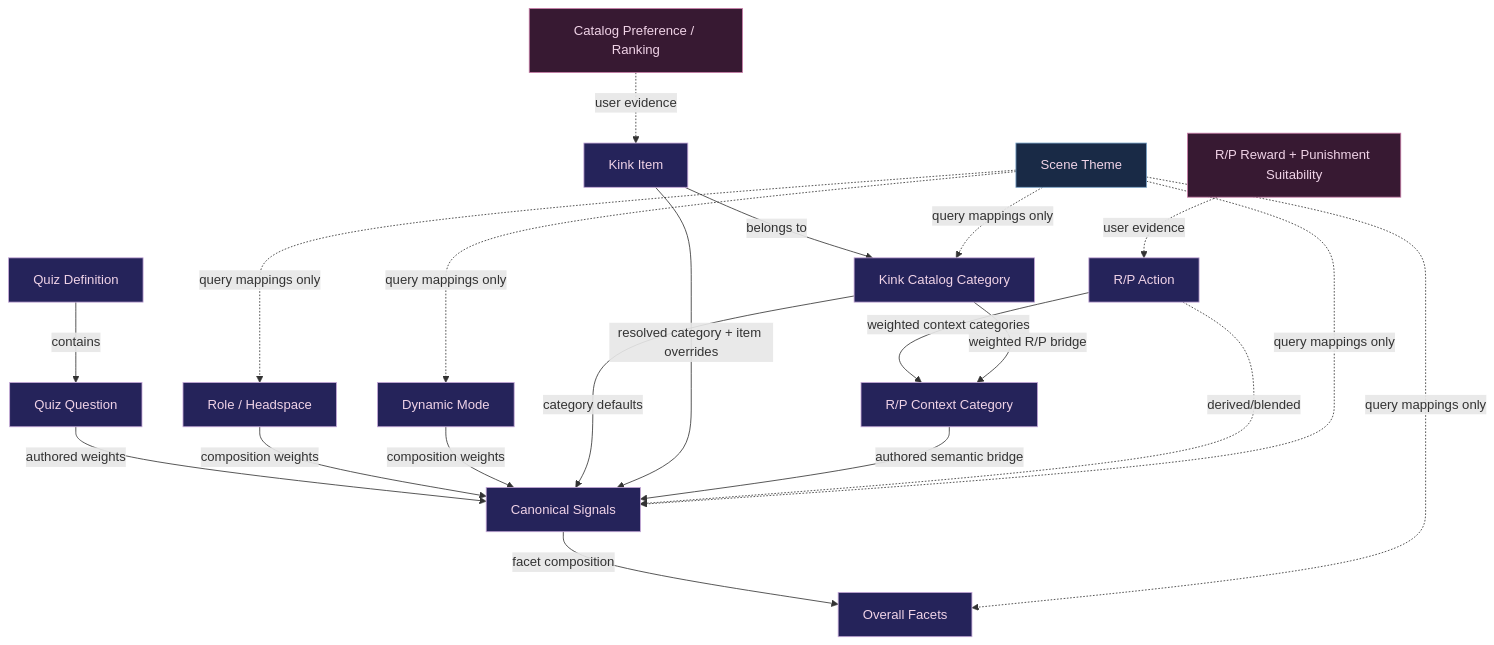
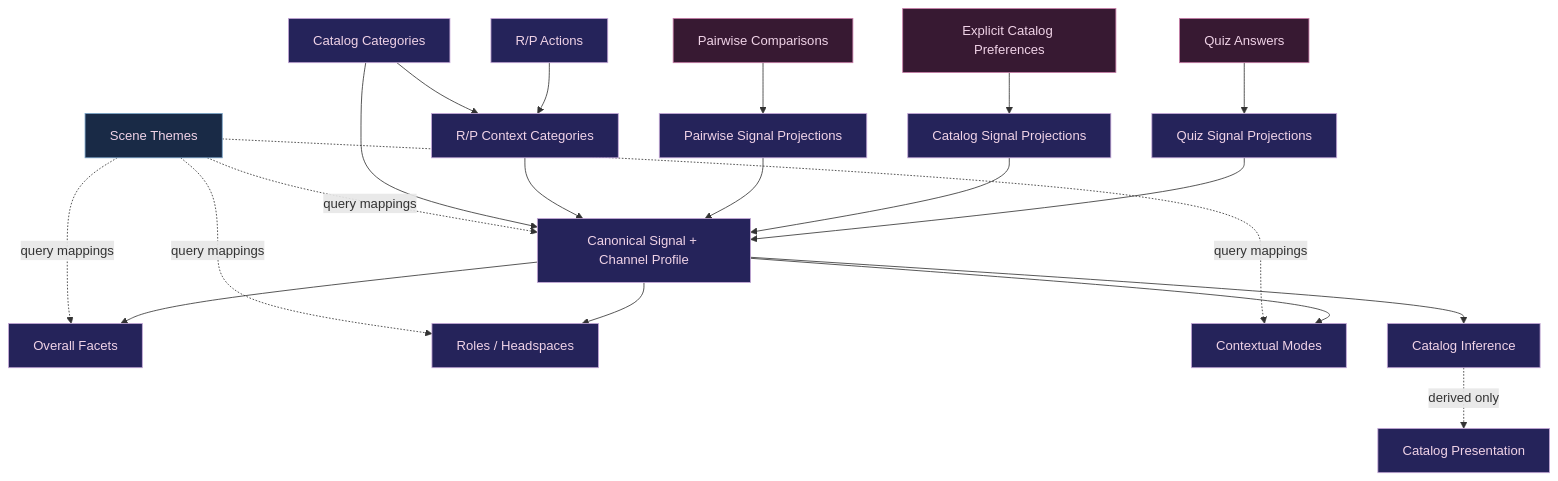
Before and after one commit to petaurora/kink-profile: the diagram in docs/semantic-data-model.md, drawn with Mermaid. The commit also changed other lines of this file and 13 other files, not shown here.

````diff
--- a/docs/semantic-data-model.md
+++ b/docs/semantic-data-model.md
@@ -25,37 +23,35 @@
 ```mermaid
 flowchart TD
-  QQ[Quiz Question] -->|authored weights| S[Canonical Signals]
-  QD[Quiz Definition] -->|contains| QQ
+  QA[Quiz Answers] --> QS[Quiz Signal Projections]
+  CP[Explicit Catalog Preferences] --> CS[Catalog Signal Projections]
+  PR[Pairwise Comparisons] --> PS[Pairwise Signal Projections]
 
-  RH[Role / Headspace] -->|composition weights| S
-  DM[Dynamic Mode] -->|composition weights| S
+  QS --> S[Canonical Signal + Channel Profile]
+  CS --> S
+  PS --> S
 
-  KC[Kink Catalog Category] -->|category defaults| S
-  KI[Kink Item] -->|belongs to| KC
-  KI -->|resolved category + item overrides| S
+  S --> OF[Overall Facets]
+  S --> RH[Roles / Headspaces]
+  S --> CM[Contextual Modes]
 
-  RPC[R/P Context Category] -->|authored semantic bridge| S
-  RPA[R/P Action] -->|weighted context categories| RPC
-  RPA -.->|derived/blended| S
+  S --> CI[Catalog Inference]
+  CI -. derived only .-> CV[Catalog Presentation]
 
-  KC -->|weighted R/P bridge| RPC
+  RPC[R/P Context Categories] --> S
+  RPA[R/P Actions] --> RPC
+  KC[Catalog Categories] --> S
+  KC --> RPC
 
-  S -->|facet composition| OF[Overall Facets]
+  ST[Scene Themes] -. query mappings .-> S
+  ST -. query mappings .-> OF
+  ST -. query mappings .-> RH
+  ST -. query mappings .-> CM
 
-  ST[Scene Theme] -.->|query mappings only| S
-  ST -.->|query mappings only| OF
-  ST -.->|query mappings only| RH
-  ST -.->|query mappings only| DM
-  ST -.->|query mappings only| KC
-
-  CP[Catalog Preference / Ranking] -. user evidence .-> KI
-  RP[R/P Reward + Punishment Suitability] -. user evidence .-> RPA
-
+  classDef evidence fill:#371932,stroke:#c77ba7,color:#f0d3e7;
   classDef semantic fill:#25235a,stroke:#c5a8d8,color:#f0d3e7;
-  classDef evidence fill:#371932,stroke:#c77ba7,color:#f0d3e7;
   classDef query fill:#192a46,stroke:#7aa3c7,color:#f0d3e7;
 
-  class QQ,QD,RH,DM,KC,KI,RPC,RPA,S,OF semantic;
-  class CP,RP evidence;
+  class QA,CP,PR evidence;
+  class QS,CS,PS,S,OF,RH,CM,CI,CV,RPC,RPA,KC semantic;
   class ST query;
 ```
````
